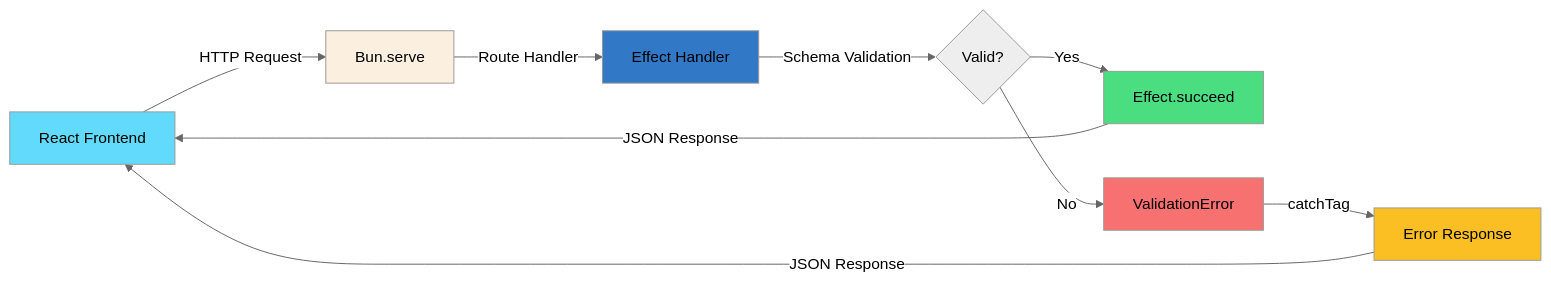
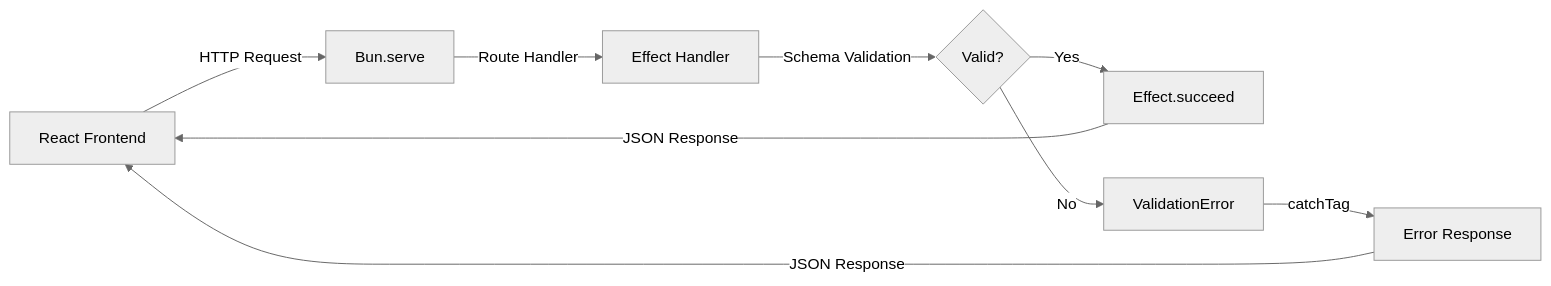
One commit to RMNCLDYO/bun-react-effect-example changed the diagram in README.md. Above: the diagram before and after it, drawn with Mermaid (neutral theme).

Commit message:
style(readme): use default mermaid colors for architecture diagram

````diff
--- a/README.md
+++ b/README.md
@@ -46,18 +46,11 @@
 ```mermaid
 graph LR
     A[React Frontend] -->|HTTP Request| B[Bun.serve]
     B -->|Route Handler| C[Effect Handler]
     C -->|Schema Validation| D{Valid?}
     D -->|Yes| E[Effect.succeed]
     D -->|No| F[ValidationError]
     E -->|JSON Response| A
     F -->|catchTag| G[Error Response]
     G -->|JSON Response| A
-
-    style A fill:#61dafb
-    style B fill:#fbf0df
-    style C fill:#3178c6
-    style E fill:#4ade80
-    style F fill:#f87171
-    style G fill:#fbbf24
 ```
````
